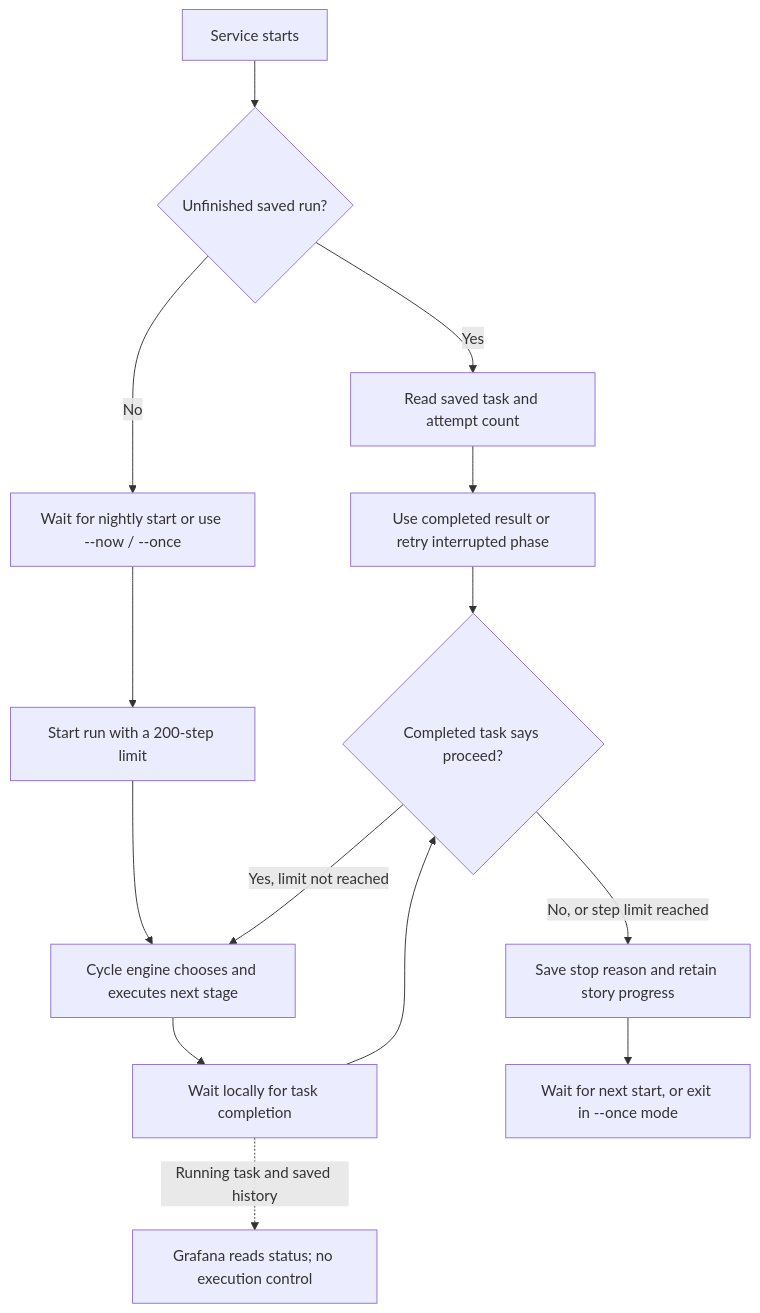
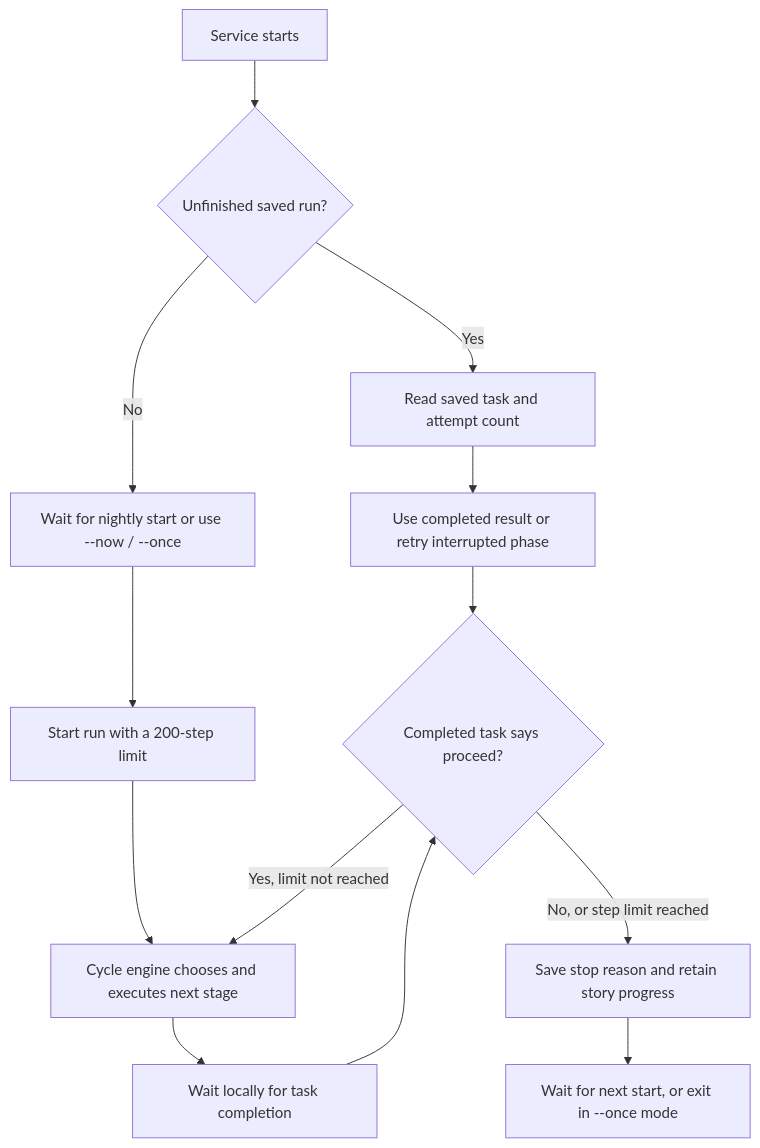
Before and after one commit to Nebettadjsr/GW2: the first of 6 diagrams in agent/docs/WORKFLOW_DIAGRAMS.md, drawn with Mermaid. The commit also changed other lines of this file and 40 other files, not shown here.

````diff
--- a/agent/docs/WORKFLOW_DIAGRAMS.md
+++ b/agent/docs/WORKFLOW_DIAGRAMS.md
@@ -10,16 +9,15 @@
 ```mermaid
 flowchart TB
     START[Service starts] --> SAVED{Unfinished saved run?}
     SAVED -->|Yes| RESUME[Read saved task and attempt count]
     SAVED -->|No| TRIGGER[Wait for nightly start or use --now / --once]
     TRIGGER --> BEGIN[Start run with a 200-step limit]
     BEGIN --> STEP[Cycle engine chooses and executes next stage]
     RESUME --> RECOVER[Use completed result or retry interrupted phase]
     RECOVER --> RESULT{Completed task says proceed?}
     STEP --> WAIT[Wait locally for task completion]
     WAIT --> RESULT
     RESULT -->|Yes, limit not reached| STEP
     RESULT -->|No, or step limit reached| STOP[Save stop reason and retain story progress]
     STOP --> NEXT[Wait for next start, or exit in --once mode]
-    WAIT -. Running task and saved history .-> VIEW[Grafana reads status; no execution control]
 ```
````
